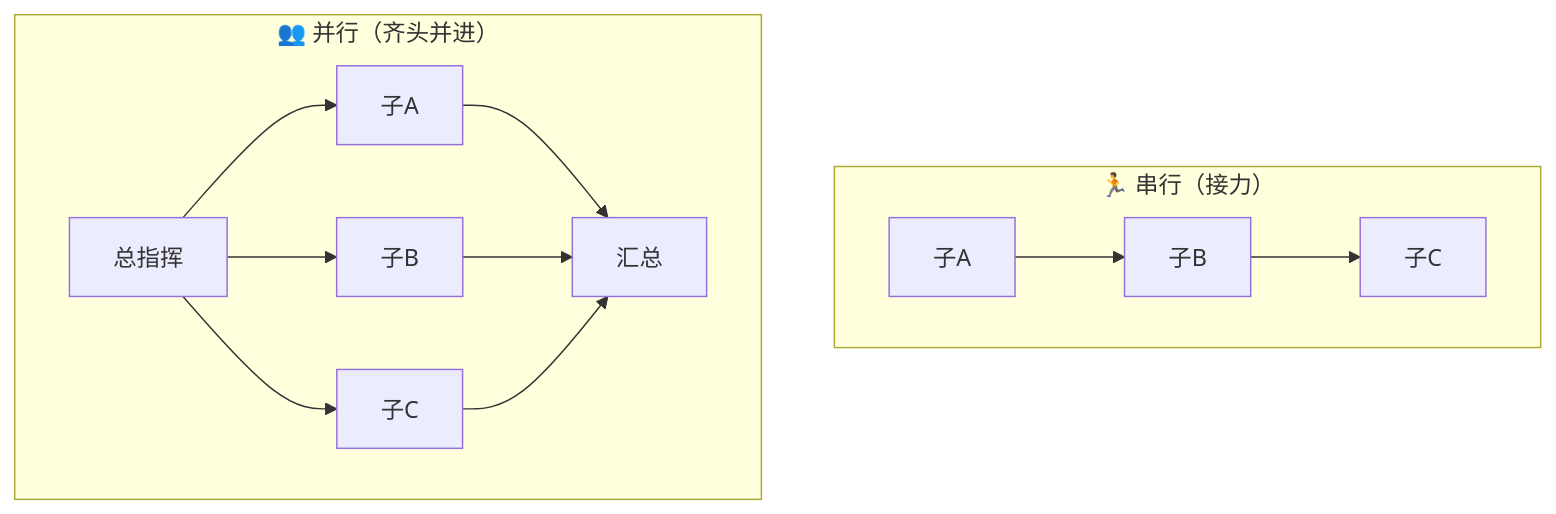
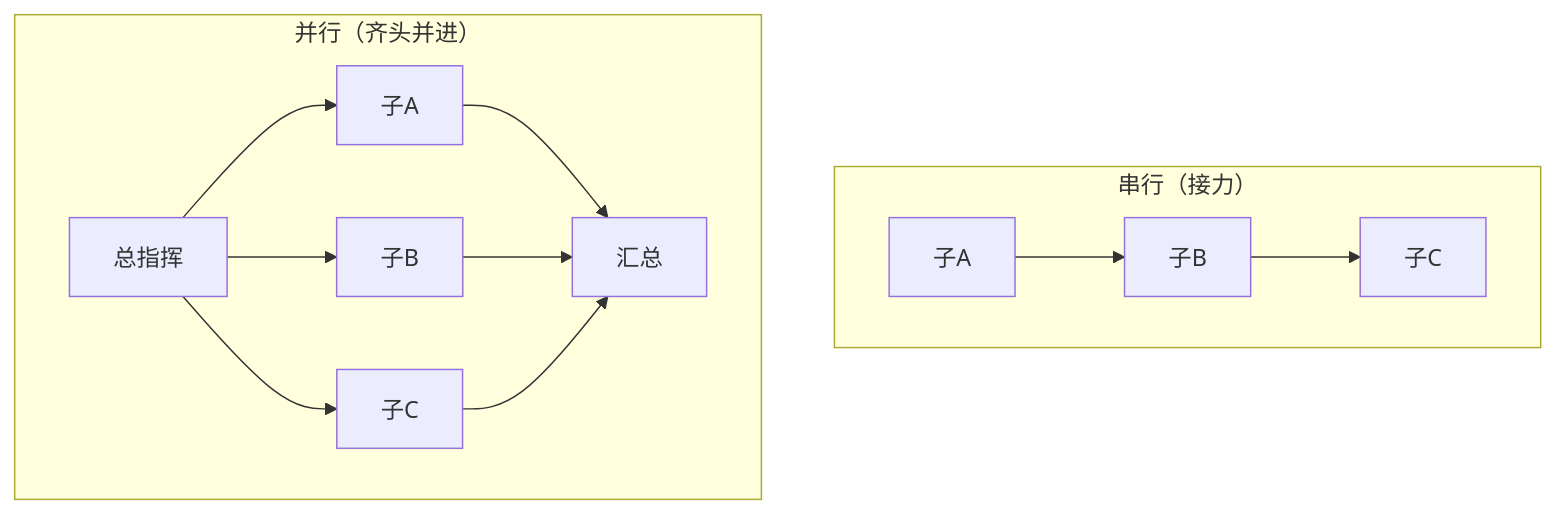
The third of 6 diagrams in docs/02_CONCEPTS_概念入门/CONCEPT/[CONCEPT-20] 什么是智能体编排-Orchestration.md (luckykhy/KhyAiHub), drawn with Mermaid before and after one commit. The commit also changed other lines of this file, not shown here.

````diff
--- a/docs/02_CONCEPTS_概念入门/CONCEPT/[CONCEPT-20] 什么是智能体编排-Orchestration.md
+++ b/docs/02_CONCEPTS_概念入门/CONCEPT/[CONCEPT-20] 什么是智能体编排-Orchestration.md
@@ -103,14 +103,14 @@
 ```mermaid
 flowchart TB
-  subgraph 串行["🏃 串行（接力）"]
+  subgraph 串行["串行（接力）"]
     S1["子A"] --> S2["子B"] --> S3["子C"]
   end
-  subgraph 并行["👥 并行（齐头并进）"]
+  subgraph 并行["并行（齐头并进）"]
     P0["总指挥"] --> P1["子A"]
     P0 --> P2["子B"]
     P0 --> P3["子C"]
     P1 --> PJ["汇总"]
     P2 --> PJ
     P3 --> PJ
   end
 ```
````
